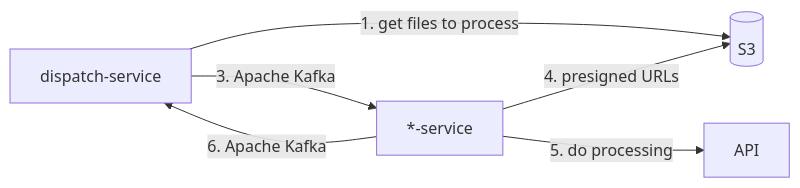
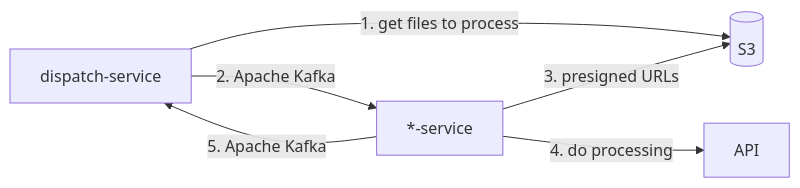
One commit to it-at-m/swim changed the third of 3 diagrams in README.md. Above: the diagram before and after it, drawn with Mermaid. The commit also changed other lines of this file, not shown here.

Commit message:
docs: README implement feedback

````diff
--- a/README.md
+++ b/README.md
@@ -63,7 +64,7 @@
 ```mermaid
 flowchart LR
     dispatch[dispatch-service] -->|1. get files to process| s3[(S3)]
-    dispatch -->|3. Apache Kafka| service[*-service] -->|5. do processing| API
-    service -->|4. presigned URLs| s3
-    service -->|6. Apache Kafka| dispatch
+    dispatch -->|2. Apache Kafka| service[*-service] -->|4. do processing| API
+    service -->|3. presigned URLs| s3
+    service -->|5. Apache Kafka| dispatch
 ```
````
